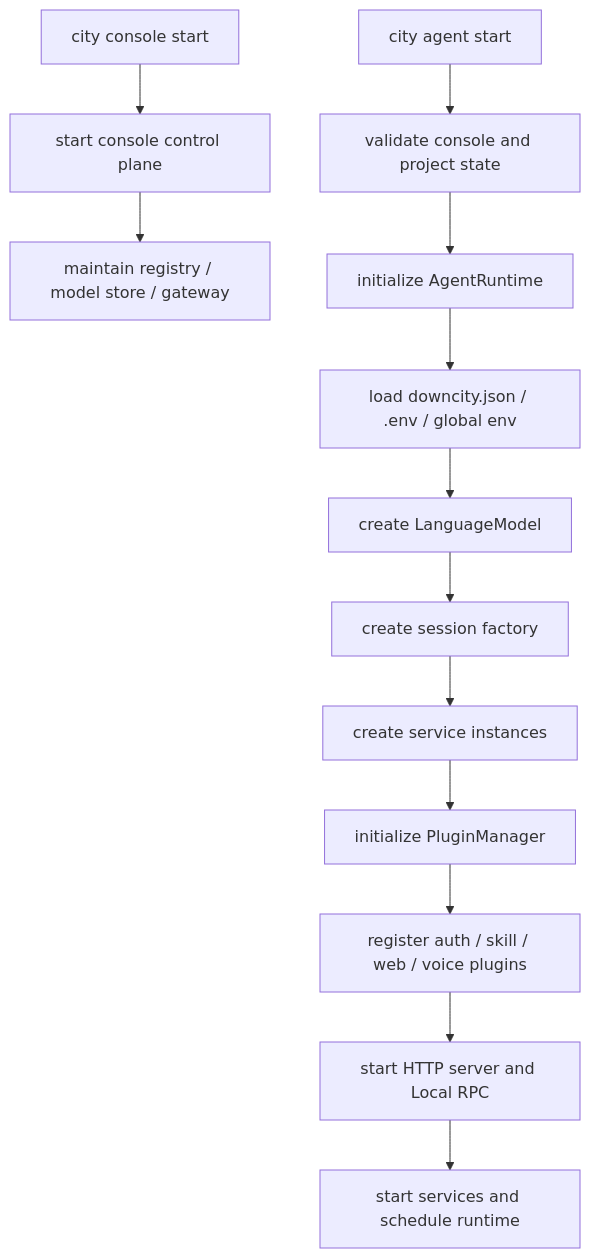
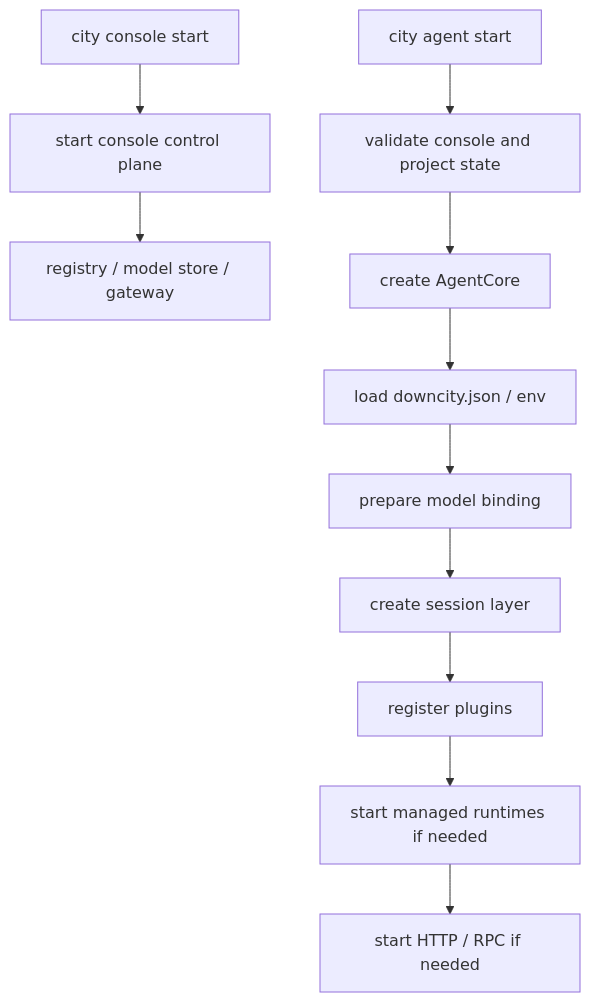
Before and after one commit to wangenius/downcity: the second of 3 diagrams in homepage/content/devdocs/en/architecture/system-logic.mdx, drawn with Mermaid. The commit also changed other lines of this file and 433 other files, not shown here.

Commit message:
refactor(agent,city): unify plugin-session architecture

````diff
--- a/homepage/content/devdocs/en/architecture/system-logic.mdx
+++ b/homepage/content/devdocs/en/architecture/system-logic.mdx
@@ -154,16 +111,14 @@
 ```mermaid
 flowchart TD
   A["city console start"] --> B["start console control plane"]
-  B --> C["maintain registry / model store / gateway"]
+  B --> C["registry / model store / gateway"]
 
   D["city agent start"] --> E["validate console and project state"]
-  E --> F["initialize AgentRuntime"]
-  F --> G["load downcity.json / .env / global env"]
-  G --> H["create LanguageModel"]
-  H --> I["create session factory"]
-  I --> J["create service instances"]
-  J --> K["initialize PluginManager"]
-  K --> L["register auth / skill / web / voice plugins"]
-  L --> M["start HTTP server and Local RPC"]
-  M --> N["start services and schedule runtime"]
+  E --> F["create AgentCore"]
+  F --> G["load downcity.json / env"]
+  G --> H["prepare model binding"]
+  H --> I["create session layer"]
+  I --> J["register plugins"]
+  J --> K["start managed runtimes if needed"]
+  K --> L["start HTTP / RPC if needed"]
 ```
````
